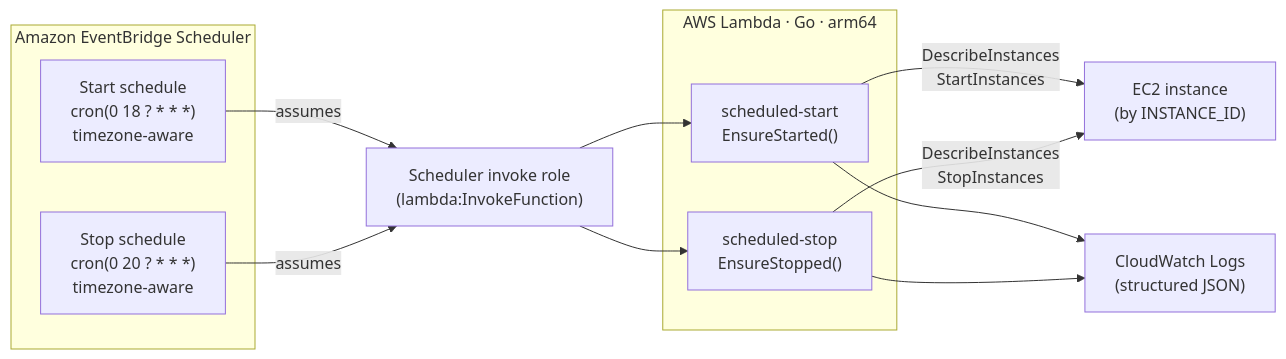
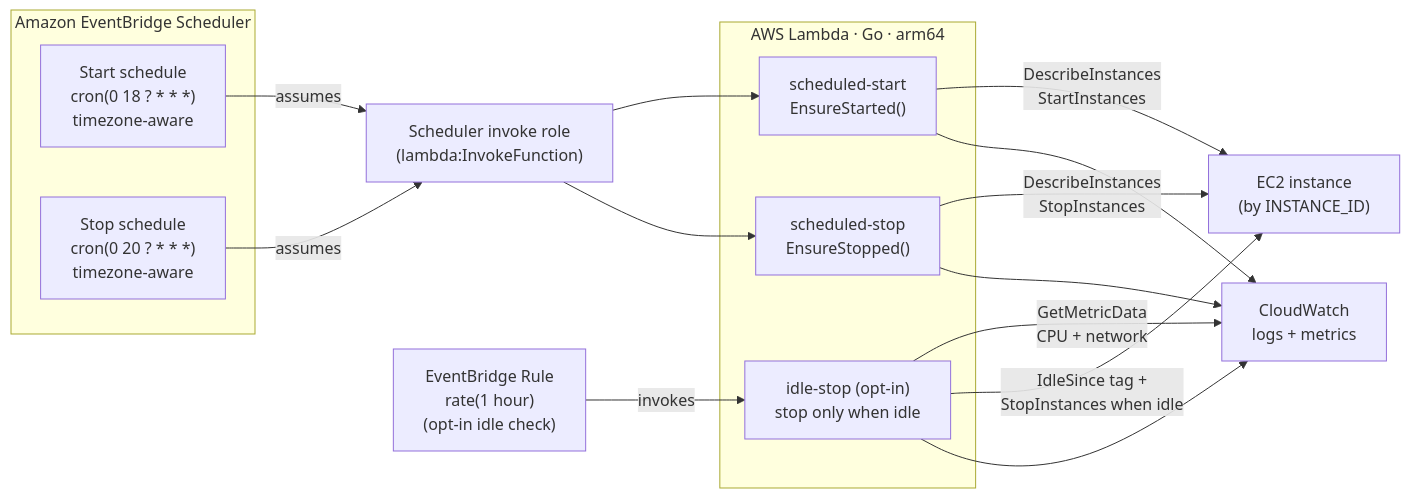
Before and after one commit to teddynted/ai-github-repository-blog-generator: the diagram in docs/scheduling.md, drawn with Mermaid. The commit also changed other lines of this file and 2 other files, not shown here.

First line of the commit message:
docs(diagrams): reflect idle auto-stop in scheduler/architecture diagrams

````diff
--- a/docs/scheduling.md
+++ b/docs/scheduling.md
@@ -19,24 +19,30 @@
 ```mermaid
 flowchart LR
   subgraph EB[Amazon EventBridge Scheduler]
     S1["Start schedule<br/>cron(0 18 ? * * *)<br/>timezone-aware"]
     S2["Stop schedule<br/>cron(0 20 ? * * *)<br/>timezone-aware"]
   end
 
   R["Scheduler invoke role<br/>(lambda:InvokeFunction)"]
+  IR["EventBridge Rule<br/>rate(1 hour)<br/>(opt-in idle check)"]
 
   subgraph L[AWS Lambda · Go · arm64]
     LS["scheduled-start<br/>EnsureStarted()"]
     LT["scheduled-stop<br/>EnsureStopped()"]
+    LI["idle-stop (opt-in)<br/>stop only when idle"]
   end
 
   EC2["EC2 instance<br/>(by INSTANCE_ID)"]
-  CW["CloudWatch Logs<br/>(structured JSON)"]
+  CW["CloudWatch<br/>logs + metrics"]
 
   S1 -->|assumes| R --> LS
   S2 -->|assumes| R --> LT
+  IR -->|invokes| LI
   LS -->|DescribeInstances<br/>StartInstances| EC2
   LT -->|DescribeInstances<br/>StopInstances| EC2
+  LI -->|GetMetricData<br/>CPU + network| CW
+  LI -->|IdleSince tag +<br/>StopInstances when idle| EC2
   LS --> CW
   LT --> CW
+  LI --> CW
 ```
````
